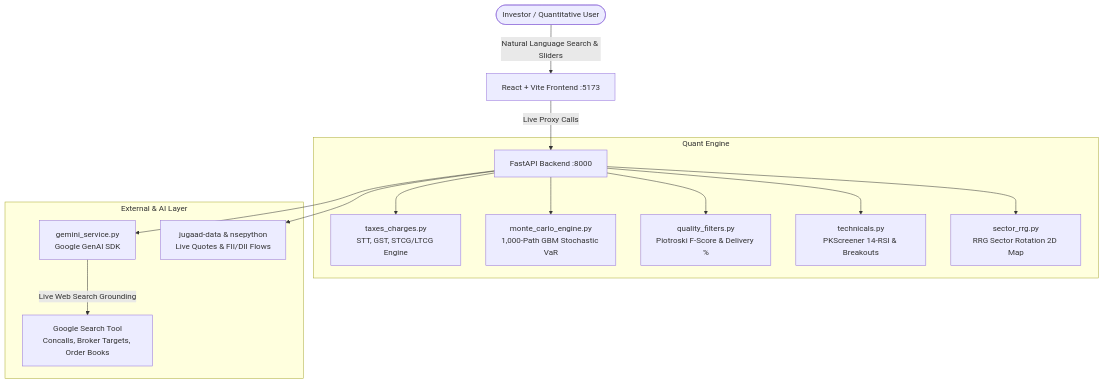
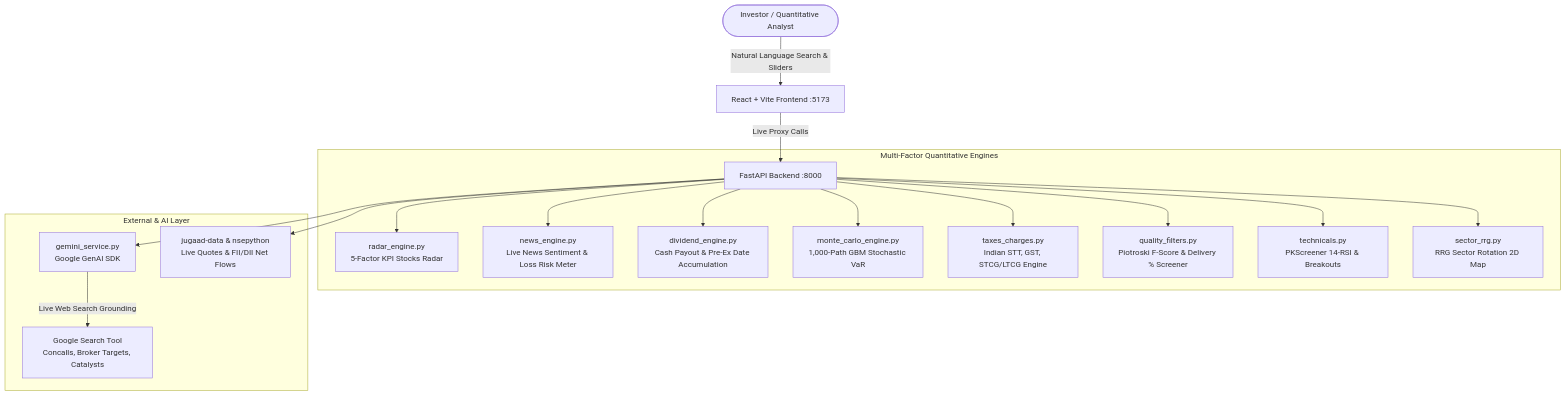
One commit to deadheaven07/AlphaPulse changed the diagram in README.md. Above: the diagram before and after it, drawn with Mermaid. The commit also changed other lines of this file, not shown here.

Commit message:
docs: update README with real-time KPI radar, loss risk meter, and dividend timing roadmap

````diff
--- a/README.md
+++ b/README.md
@@ -61,19 +23,22 @@
 ```mermaid
 graph TD
-    User([Investor / Quantitative User]) -->|Natural Language Search & Sliders| WebApp[React + Vite Frontend :5173]
+    User([Investor / Quantitative Analyst]) -->|Natural Language Search & Sliders| WebApp[React + Vite Frontend :5173]
     WebApp -->|Live Proxy Calls| API[FastAPI Backend :8000]
     
-    subgraph Quant Engine
-        API --> Taxes[taxes_charges.py<br/>STT, GST, STCG/LTCG Engine]
+    subgraph Multi-Factor Quantitative Engines
+        API --> Radar[radar_engine.py<br/>5-Factor KPI Stocks Radar]
+        API --> News[news_engine.py<br/>Live News Sentiment & Loss Risk Meter]
+        API --> Dividend[dividend_engine.py<br/>Cash Payout & Pre-Ex Date Accumulation]
         API --> MonteCarlo[monte_carlo_engine.py<br/>1,000-Path GBM Stochastic VaR]
-        API --> Quality[quality_filters.py<br/>Piotroski F-Score & Delivery %]
+        API --> Taxes[taxes_charges.py<br/>Indian STT, GST, STCG/LTCG Engine]
+        API --> Quality[quality_filters.py<br/>Piotroski F-Score & Delivery % Screener]
         API --> Technicals[technicals.py<br/>PKScreener 14-RSI & Breakouts]
         API --> RRG[sector_rrg.py<br/>RRG Sector Rotation 2D Map]
     end
     
     subgraph External & AI Layer
         API --> Gemini[gemini_service.py<br/>Google GenAI SDK]
-        Gemini -->|Live Web Search Grounding| GoogleSearch[Google Search Tool<br/>Concalls, Broker Targets, Order Books]
-        API --> NSE[jugaad-data & nsepython<br/>Live Quotes & FII/DII Flows]
+        Gemini -->|Live Web Search Grounding| GoogleSearch[Google Search Tool<br/>Concalls, Broker Targets, Catalysts]
+        API --> NSE[jugaad-data & nsepython<br/>Live Quotes & FII/DII Net Flows]
     end
 ```
````
